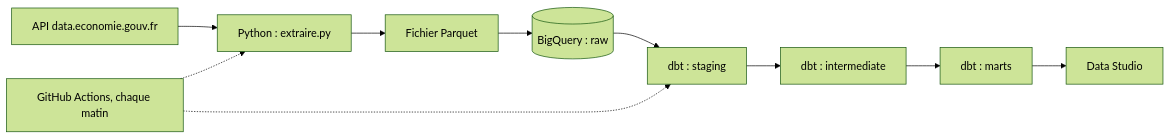
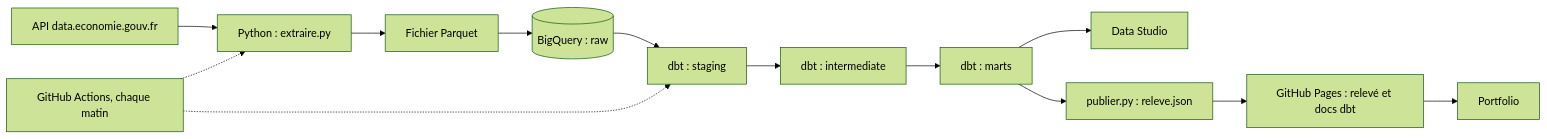
The diagram in README.md (RemyDaura/DE-Pipeline-Prix-Carburants), drawn with Mermaid (forest theme) before and after one commit. The commit also changed other lines of this file and 3 other files, not shown here.

Commit message:
Publication du relevé du jour et de la documentation dbt sur GitHub Pages

````diff
--- a/README.md
+++ b/README.md
@@ -27,12 +29,15 @@
 ```mermaid
 flowchart LR
     A[API data.economie.gouv.fr] --> B[Python : extraire.py]
     B --> C[Fichier Parquet]
     C --> D[(BigQuery : raw)]
     D --> E[dbt : staging]
     E --> F[dbt : intermediate]
     F --> G[dbt : marts]
     G --> H[Data Studio]
+    G --> J[publier.py : releve.json]
+    J --> K[GitHub Pages : relevé et docs dbt]
+    K --> L[Portfolio]
     I[GitHub Actions, chaque matin] -.-> B
     I -.-> E
 ```
````
